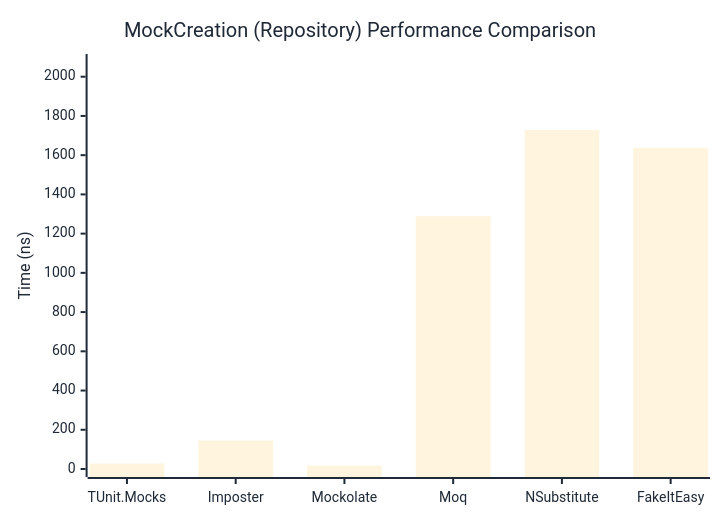
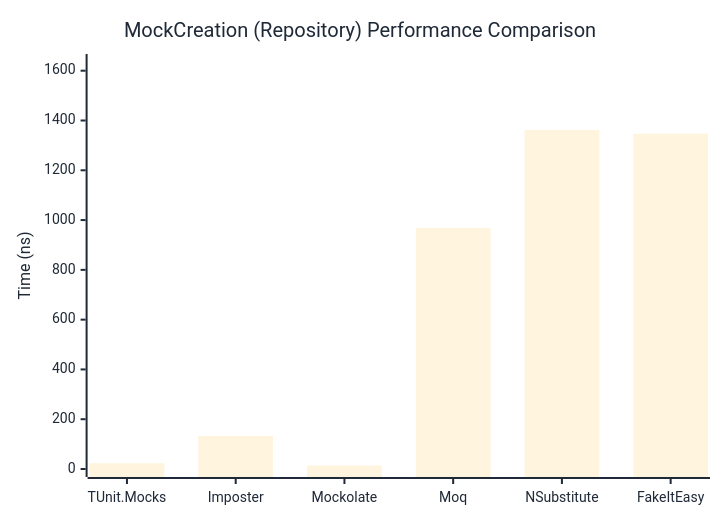
Before and after one commit to thomhurst/TUnit: the second of 2 diagrams in docs/docs/benchmarks/mocks/MockCreation.md, drawn with Mermaid. The commit also changed other lines of this file and 14 other files, not shown here.

````diff
--- a/docs/docs/benchmarks/mocks/MockCreation.md
+++ b/docs/docs/benchmarks/mocks/MockCreation.md
@@ -71,27 +71,27 @@
 ```mermaid
 %%{init: {
   'theme':'base',
   'themeVariables': {
     'primaryColor': '#2563eb',
     'primaryTextColor': '#1f2937',
     'primaryBorderColor': '#1e40af',
     'lineColor': '#6b7280',
     'secondaryColor': '#7c3aed',
     'tertiaryColor': '#dc2626',
     'background': '#ffffff',
     'pie1': '#2563eb',
     'pie2': '#7c3aed',
     'pie3': '#dc2626',
     'pie4': '#f59e0b',
     'pie5': '#10b981',
     'pie6': '#06b6d4',
     'pie7': '#ec4899',
     'pie8': '#6366f1'
   }
 }}%%
 xychart-beta
   title "MockCreation (Repository) Performance Comparison"
   x-axis ["TUnit.Mocks", "Imposter", "Mockolate", "Moq", "NSubstitute", "FakeItEasy"]
-  y-axis "Time (ns)" 0 --> 2075
-  bar [27.31, 145.19, 18.03, 1288.77, 1728.71, 1637.65]
+  y-axis "Time (ns)" 0 --> 1635
+  bar [23.11, 132.73, 13.79, 968.72, 1361.72, 1346.99]
 ```
````
